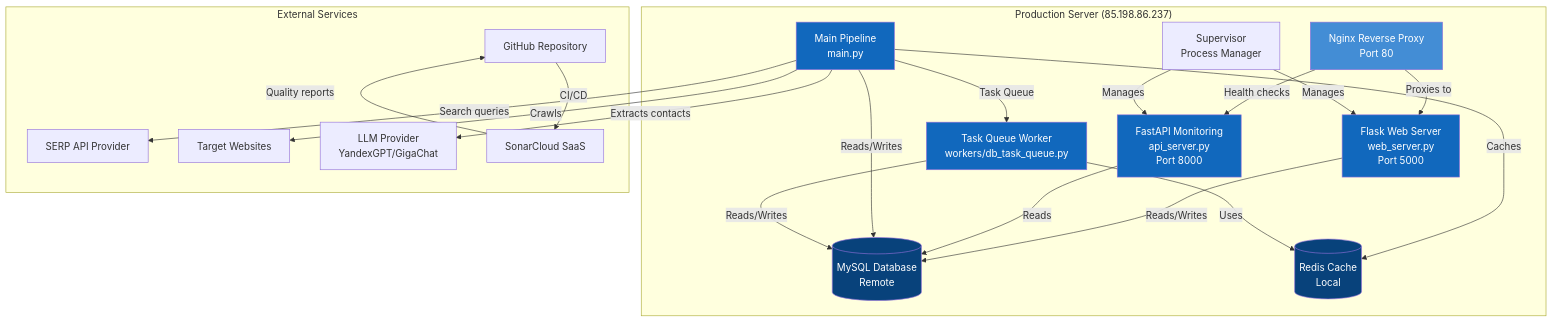
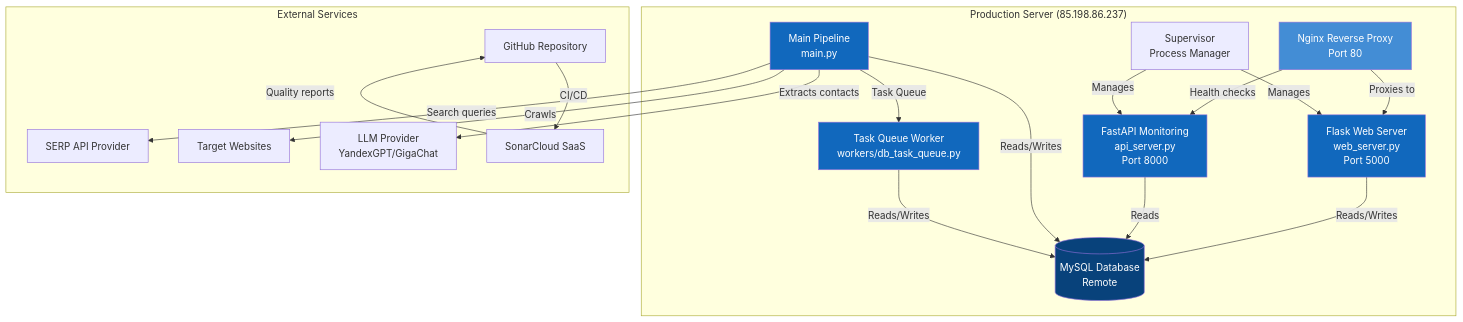
One commit to hauptmann1971/b2b-contact-miner changed the second of 8 diagrams in doc/C4_ARCHITECTURE.md. Above: the diagram before and after it, drawn with Mermaid. The commit also changed other lines of this file and 10 other files, not shown here.

First line of the commit message:
Align architecture docs and diagrams with current DB-backed queue design.

````diff
--- a/doc/C4_ARCHITECTURE.md
+++ b/doc/C4_ARCHITECTURE.md
@@ -36,42 +34,38 @@
 ```mermaid
 graph TB
     subgraph "Production Server (85.198.86.237)"
         Nginx[Nginx Reverse Proxy<br/>Port 80] -->|Proxies to| FlaskApp[Flask Web Server<br/>web_server.py<br/>Port 5000]
         Nginx -->|Health checks| FastAPI[FastAPI Monitoring<br/>api_server.py<br/>Port 8000]
         
         FlaskApp -->|Reads/Writes| MySQL[(MySQL Database<br/>Remote)]
         FastAPI -->|Reads| MySQL
         MainPipeline[Main Pipeline<br/>main.py] -->|Reads/Writes| MySQL
         MainPipeline -->|Task Queue| TaskQueue[Task Queue Worker<br/>workers/db_task_queue.py]
         TaskQueue -->|Reads/Writes| MySQL
-        
-        MainPipeline -->|Caches| Redis[(Redis Cache<br/>Local)]
-        TaskQueue -->|Uses| Redis
         
         Supervisor[Supervisor<br/>Process Manager] -->|Manages| FlaskApp
         Supervisor -->|Manages| FastAPI
     end
     
     subgraph "External Services"
         SERP[SERP API Provider]
         Websites[Target Websites]
         LLM[LLM Provider<br/>YandexGPT/GigaChat]
         GitHub[GitHub Repository]
         SonarCloud[SonarCloud SaaS]
     end
     
     MainPipeline -->|Search queries| SERP
     MainPipeline -->|Crawls| Websites
     MainPipeline -->|Extracts contacts| LLM
     
     GitHub -->|CI/CD| SonarCloud
     SonarCloud -->|Quality reports| GitHub
     
     style FlaskApp fill:#1168bd,color:#fff
     style FastAPI fill:#1168bd,color:#fff
     style MainPipeline fill:#1168bd,color:#fff
     style TaskQueue fill:#1168bd,color:#fff
     style MySQL fill:#08427b,color:#fff
-    style Redis fill:#08427b,color:#fff
     style Nginx fill:#438dd5,color:#fff
 ```
````
